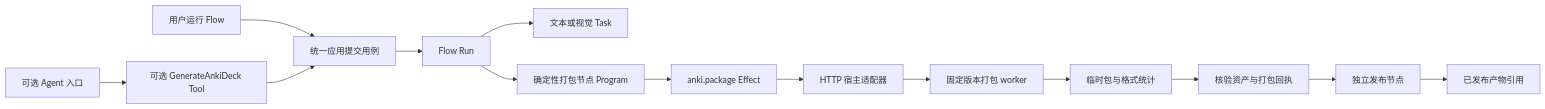
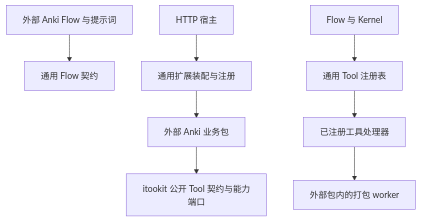
One commit to mushuanli/NestOS changed the first of 5 diagrams in doc/design/anki-flow.md. Above: the diagram before and after it, drawn with Mermaid. The commit also changed other lines of this file and 4 other files, not shown here.

Commit message:
docs(architecture): keep Anki business in external flow tools

````diff
--- a/doc/design/anki-flow.md
+++ b/doc/design/anki-flow.md
@@ -76,16 +36,10 @@
 ```mermaid
-flowchart LR
-    UI[用户运行 Flow] --> App[统一应用提交用例]
-    Agent[可选 Agent 入口] --> Tool[可选 GenerateAnkiDeck Tool]
-    Tool --> App
-    App --> Flow[Flow Run]
-    Flow --> Text[文本或视觉 Task]
-    Flow --> Pack[确定性打包节点 Program]
-    Pack --> Effect[anki.package Effect]
-    Effect --> Adapter[HTTP 宿主适配器]
-    Adapter --> Worker[固定版本打包 worker]
-    Worker --> Temp[临时包与格式统计]
-    Temp --> Receipt[核验资产与打包回执]
-    Receipt --> Publish[独立发布节点]
-    Publish --> Artifact[已发布产物引用]
+flowchart TD
+    Package[外部 Anki 业务包] --> SDK[itookit 公开 Tool 契约与能力端口]
+    Definition[外部 Anki Flow 与提示词] --> Contracts[通用 Flow 契约]
+    Host[HTTP 宿主] --> Loader[通用扩展装配与注册]
+    Loader --> Package
+    Runtime[Flow 与 Kernel] --> Registry[通用 Tool 注册表]
+    Registry --> Handler[已注册工具处理器]
+    Handler --> Worker[外部包内的打包 worker]
 ```
````
